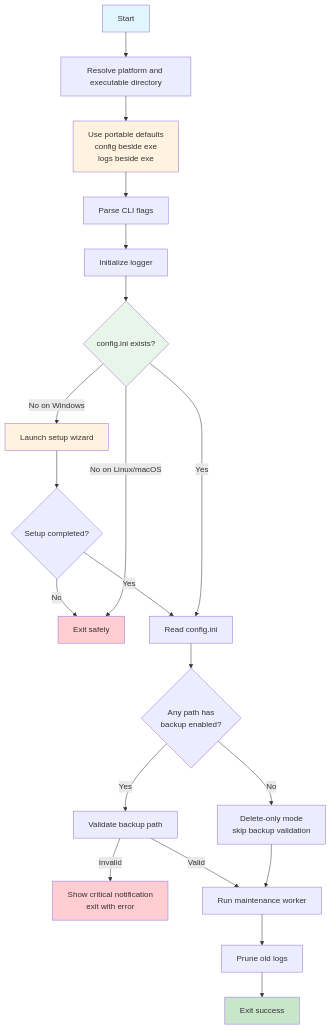
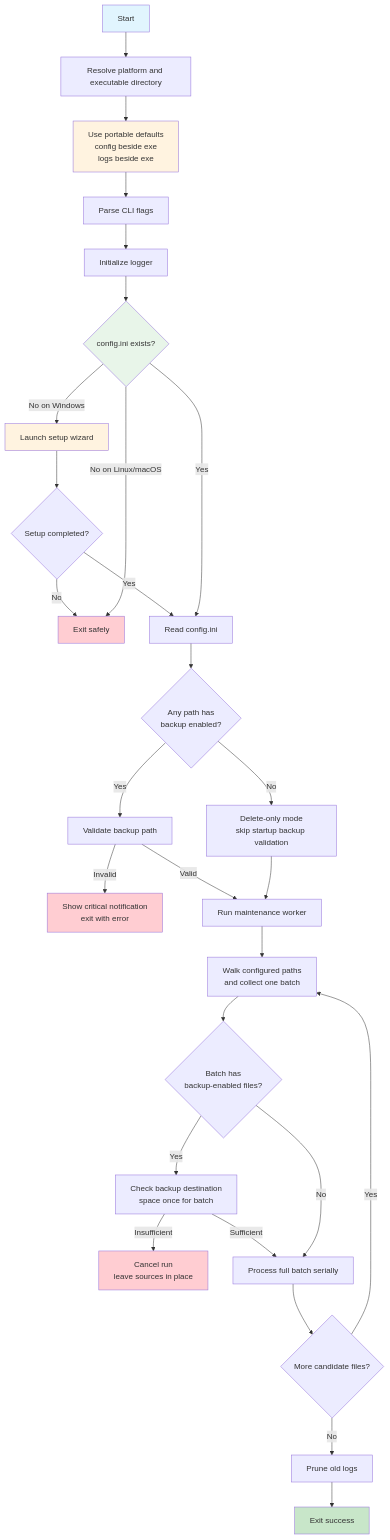
One commit to theweak1/file-maintenance changed the diagram in docs/diagrams/execution-flow-high-level.md. Above: the diagram before and after it, drawn with Mermaid. The commit also changed 10 other files, not shown here.

````diff
--- a/docs/diagrams/execution-flow-high-level.md
+++ b/docs/diagrams/execution-flow-high-level.md
@@ -1,30 +1,39 @@
 ```mermaid
 flowchart TD
     A[Start] --> B[Resolve platform and executable directory]
     B --> C[Use portable defaults<br/>config beside exe<br/>logs beside exe]
     C --> D[Parse CLI flags]
     D --> E[Initialize logger]
     E --> F{config.ini exists?}
     F -->|No on Windows| G[Launch setup wizard]
     G --> H{Setup completed?}
     H -->|No| I[Exit safely]
     H -->|Yes| J[Read config.ini]
     F -->|No on Linux/macOS| I
     F -->|Yes| J
     J --> K{Any path has<br/>backup enabled?}
-    K -->|No| L[Delete-only mode<br/>skip backup validation]
+    K -->|No| L[Delete-only mode<br/>skip startup backup validation]
     K -->|Yes| M[Validate backup path]
     M -->|Invalid| N[Show critical notification<br/>exit with error]
     M -->|Valid| O[Run maintenance worker]
     L --> O
-    O --> P[Prune old logs]
-    P --> Q[Exit success]
+    O --> P[Walk configured paths<br/>and collect one batch]
+    P --> Q{Batch has<br/>backup-enabled files?}
+    Q -->|Yes| R[Check backup destination<br/>space once for batch]
+    R -->|Insufficient| S[Cancel run<br/>leave sources in place]
+    R -->|Sufficient| T[Process full batch serially]
+    Q -->|No| T
+    T --> U{More candidate files?}
+    U -->|Yes| P
+    U -->|No| V[Prune old logs]
+    V --> W[Exit success]
 
     style A fill:#e1f5fe
     style C fill:#fff3e0
     style F fill:#e8f5e9
     style G fill:#fff3e0
     style I fill:#ffcdd2
     style N fill:#ffcdd2
-    style Q fill:#c8e6c9
+    style S fill:#ffcdd2
+    style W fill:#c8e6c9
 ```
````
